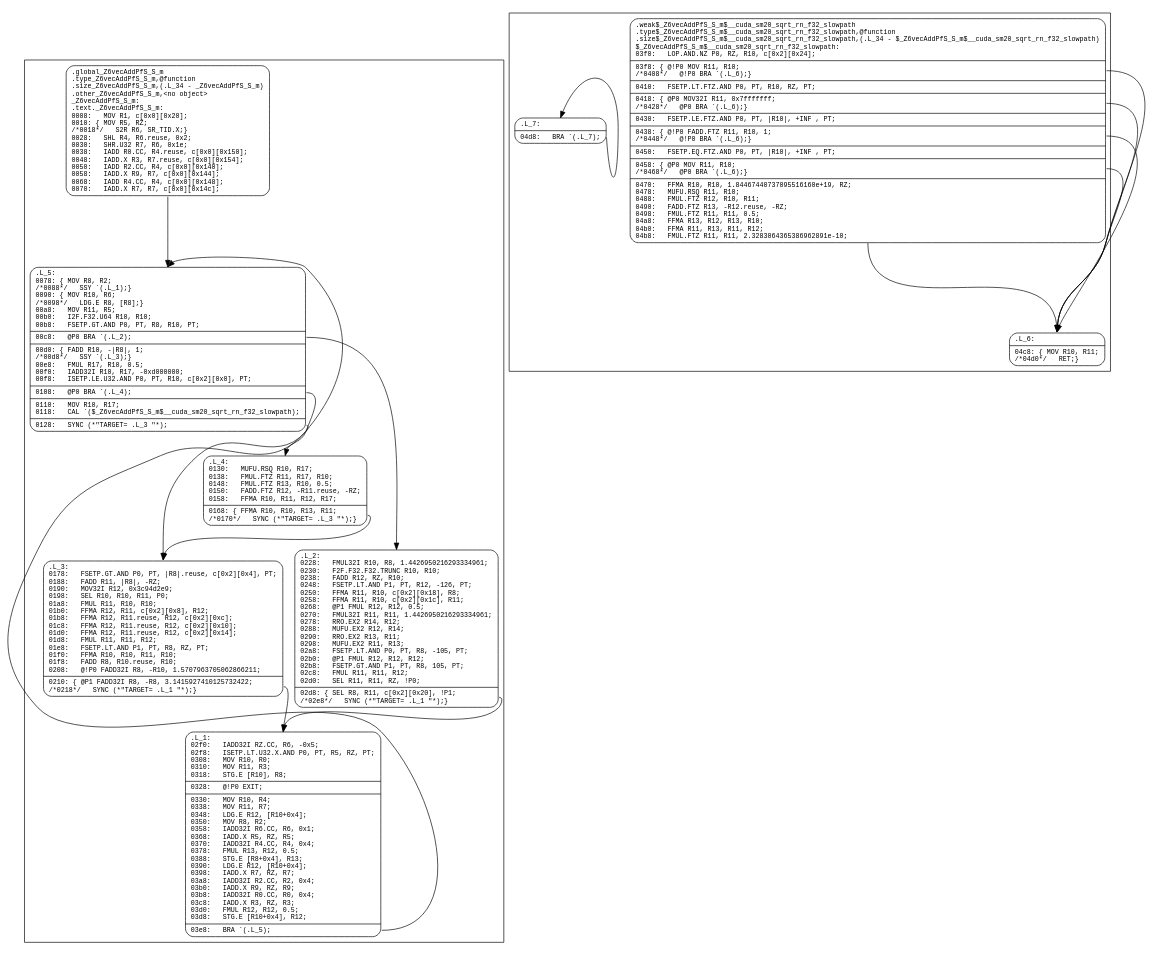
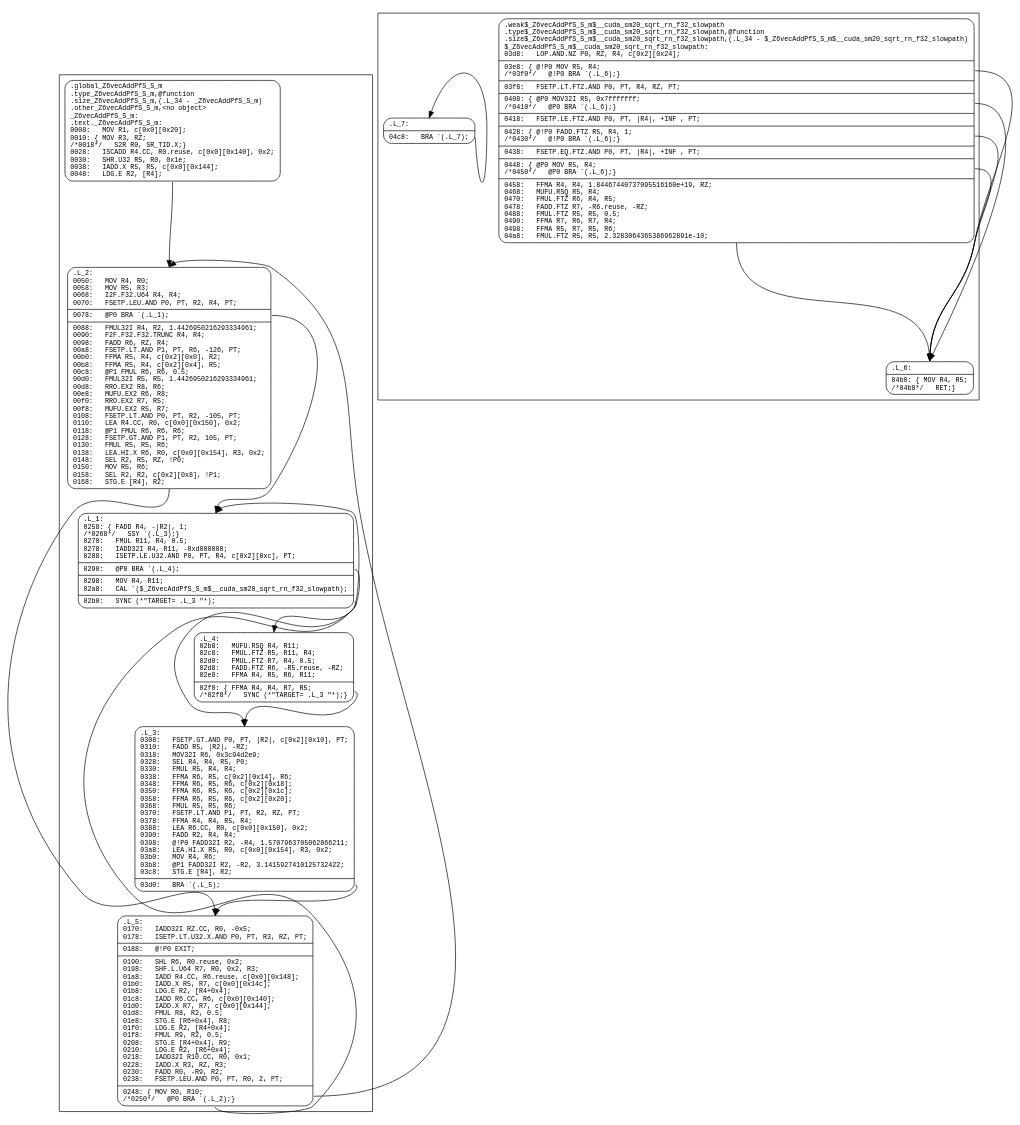
Before and after one commit to Jokeren/hpctoolkit-gpu-samples: the diagram in utils/read_graphviz/data/loop4.dot, drawn with Graphviz. The commit also changed 1 other file, not shown here.

```diff
--- a/utils/read_graphviz/data/loop4.dot
+++ b/utils/read_graphviz/data/loop4.dot
@@ -1,47 +1,48 @@
 digraph f {
 subgraph "cluster__Z6vecAddPfS_S_m" {
 node [fontname="Courier",fontsize=10,shape=Mrecord];
 "_Z6vecAddPfS_S_m"
-[label="{<entry>	.global		_Z6vecAddPfS_S_m\l	.type		_Z6vecAddPfS_S_m,@function\l	.size		_Z6vecAddPfS_S_m,(.L_34\ -\ _Z6vecAddPfS_S_m)\l	.other		_Z6vecAddPfS_S_m,\<no\ object\>\l_Z6vecAddPfS_S_m:\l.text._Z6vecAddPfS_S_m:\l0008:\ \ \ MOV\ R1,\ c\[0x0\]\[0x20\];\l0010:\ \{\ MOV\ R5,\ RZ;\l/*0018*/\ \ \ S2R\ R6,\ SR_TID.X;\}\l0028:\ \ \ SHL\ R4,\ R6.reuse,\ 0x2;\l0030:\ \ \ SHR.U32\ R7,\ R6,\ 0x1e;\l0038:\ \ \ IADD\ R0.CC,\ R4.reuse,\ c\[0x0\]\[0x150\];\l0048:\ \ \ IADD.X\ R3,\ R7.reuse,\ c\[0x0\]\[0x154\];\l0050:\ \ \ IADD\ R2.CC,\ R4,\ c\[0x0\]\[0x140\];\l0058:\ \ \ IADD.X\ R9,\ R7,\ c\[0x0\]\[0x144\];\l0068:\ \ \ IADD\ R4.CC,\ R4,\ c\[0x0\]\[0x148\];\l0070:\ \ \ IADD.X\ R7,\ R7,\ c\[0x0\]\[0x14c\];\l}"]
-"_Z6vecAddPfS_S_m":entry:s -> ".L_5":entry:n [style=solid];
+[label="{<entry>	.global		_Z6vecAddPfS_S_m\l	.type		_Z6vecAddPfS_S_m,@function\l	.size		_Z6vecAddPfS_S_m,(.L_34\ -\ _Z6vecAddPfS_S_m)\l	.other		_Z6vecAddPfS_S_m,\<no\ object\>\l_Z6vecAddPfS_S_m:\l.text._Z6vecAddPfS_S_m:\l0008:\ \ \ MOV\ R1,\ c\[0x0\]\[0x20\];\l0010:\ \{\ MOV\ R3,\ RZ;\l/*0018*/\ \ \ S2R\ R0,\ SR_TID.X;\}\l0028:\ \ \ ISCADD\ R4.CC,\ R0.reuse,\ c\[0x0\]\[0x140\],\ 0x2;\l0030:\ \ \ SHR.U32\ R5,\ R0,\ 0x1e;\l0038:\ \ \ IADD.X\ R5,\ R5,\ c\[0x0\]\[0x144\];\l0048:\ \ \ LDG.E\ R2,\ \[R4\];\l}"]
+"_Z6vecAddPfS_S_m":entry:s -> ".L_2":entry:n [style=solid];
+node [fontname="Courier",fontsize=10,shape=Mrecord];
+".L_2"
+[label="{<entry>.L_2:\l0050:\ \ \ MOV\ R4,\ R0;\l0058:\ \ \ MOV\ R5,\ R3;\l0068:\ \ \ I2F.F32.U64\ R4,\ R4;\l0070:\ \ \ FSETP.LEU.AND\ P0,\ PT,\ R2,\ R4,\ PT;\l|<exit0>0078:\ \ \ @P0\ BRA\ `(.L_1);\l|<exitpost0>0088:\ \ \ FMUL32I\ R4,\ R2,\ 1.4426950216293334961;\l0090:\ \ \ F2F.F32.F32.TRUNC\ R4,\ R4;\l0098:\ \ \ FADD\ R6,\ RZ,\ R4;\l00a8:\ \ \ FSETP.LT.AND\ P1,\ PT,\ R6,\ -126,\ PT;\l00b0:\ \ \ FFMA\ R5,\ R4,\ c\[0x2\]\[0x0\],\ R2;\l00b8:\ \ \ FFMA\ R5,\ R4,\ c\[0x2\]\[0x4\],\ R5;\l00c8:\ \ \ @P1\ FMUL\ R6,\ R6,\ 0.5;\l00d0:\ \ \ FMUL32I\ R5,\ R5,\ 1.4426950216293334961;\l00d8:\ \ \ RRO.EX2\ R8,\ R6;\l00e8:\ \ \ MUFU.EX2\ R6,\ R8;\l00f0:\ \ \ RRO.EX2\ R7,\ R5;\l00f8:\ \ \ MUFU.EX2\ R5,\ R7;\l0108:\ \ \ FSETP.LT.AND\ P0,\ PT,\ R2,\ -105,\ PT;\l0110:\ \ \ LEA\ R4.CC,\ R0,\ c\[0x0\]\[0x150\],\ 0x2;\l0118:\ \ \ @P1\ FMUL\ R6,\ R6,\ R6;\l0128:\ \ \ FSETP.GT.AND\ P1,\ PT,\ R2,\ 105,\ PT;\l0130:\ \ \ FMUL\ R5,\ R5,\ R6;\l0138:\ \ \ LEA.HI.X\ R6,\ R0,\ c\[0x0\]\[0x154\],\ R3,\ 0x2;\l0148:\ \ \ SEL\ R2,\ R5,\ RZ,\ !P0;\l0150:\ \ \ MOV\ R5,\ R6;\l0158:\ \ \ SEL\ R2,\ R2,\ c\[0x2\]\[0x8\],\ !P1;\l0168:\ \ \ STG.E\ \[R4\],\ R2;\l}"]
+".L_2":exit0:e -> ".L_1":entry:n [style=solid];
+".L_2":exitpost0:s -> ".L_5":entry:n [style=solid];
 node [fontname="Courier",fontsize=10,shape=Mrecord];
 ".L_5"
-[label="{<entry>.L_5:\l0078:\ \{\ MOV\ R8,\ R2;\l/*0088*/\ \ \ SSY\ `(.L_1);\}\l0090:\ \{\ MOV\ R10,\ R6;\l/*0098*/\ \ \ LDG.E\ R8,\ \[R8\];\}\l00a8:\ \ \ MOV\ R11,\ R5;\l00b0:\ \ \ I2F.F32.U64\ R10,\ R10;\l00b8:\ \ \ FSETP.GT.AND\ P0,\ PT,\ R8,\ R10,\ PT;\l|<exit0>00c8:\ \ \ @P0\ BRA\ `(.L_2);\l|<exitpost0>00d0:\ \{\ FADD\ R10,\ -\|R8\|,\ 1;\l/*00d8*/\ \ \ SSY\ `(.L_3);\}\l00e8:\ \ \ FMUL\ R17,\ R10,\ 0.5;\l00f0:\ \ \ IADD32I\ R10,\ R17,\ -0xd000000;\l00f8:\ \ \ ISETP.LE.U32.AND\ P0,\ PT,\ R10,\ c\[0x2\]\[0x0\],\ PT;\l|<exit1>0108:\ \ \ @P0\ BRA\ `(.L_4);\l|<exitpost1>0110:\ \ \ MOV\ R10,\ R17;\l0118:\ \ \ CAL\ `($_Z6vecAddPfS_S_m$__cuda_sm20_sqrt_rn_f32_slowpath);\l|<exit2>0128:\ \ \ SYNC\ (*\"TARGET=\ .L_3\ \"*);\l}"]
-".L_5":exit0:e -> ".L_2":entry:n [style=solid];
-".L_5":exit1:e -> ".L_4":entry:n [style=solid];
-".L_5":exit2:e -> ".L_3":entry:n [style=solid];
+[label="{<entry>.L_5:\l0170:\ \ \ IADD32I\ RZ.CC,\ R0,\ -0x5;\l0178:\ \ \ ISETP.LT.U32.X.AND\ P0,\ PT,\ R3,\ RZ,\ PT;\l|<exit0>0188:\ \ \ @!P0\ EXIT;\l|<exitpost0>0190:\ \ \ SHL\ R6,\ R0.reuse,\ 0x2;\l0198:\ \ \ SHF.L.U64\ R7,\ R0,\ 0x2,\ R3;\l01a8:\ \ \ IADD\ R4.CC,\ R6.reuse,\ c\[0x0\]\[0x148\];\l01b0:\ \ \ IADD.X\ R5,\ R7,\ c\[0x0\]\[0x14c\];\l01b8:\ \ \ LDG.E\ R2,\ \[R4+0x4\];\l01c8:\ \ \ IADD\ R6.CC,\ R6,\ c\[0x0\]\[0x140\];\l01d0:\ \ \ IADD.X\ R7,\ R7,\ c\[0x0\]\[0x144\];\l01d8:\ \ \ FMUL\ R8,\ R2,\ 0.5;\l01e8:\ \ \ STG.E\ \[R6+0x4\],\ R8;\l01f0:\ \ \ LDG.E\ R2,\ \[R4+0x4\];\l01f8:\ \ \ FMUL\ R9,\ R2,\ 0.5;\l0208:\ \ \ STG.E\ \[R4+0x4\],\ R9;\l0210:\ \ \ LDG.E\ R2,\ \[R6+0x4\];\l0218:\ \ \ IADD32I\ R10.CC,\ R0,\ 0x1;\l0228:\ \ \ IADD.X\ R3,\ RZ,\ R3;\l0230:\ \ \ FADD\ R0,\ -R9,\ R2;\l0238:\ \ \ FSETP.LEU.AND\ P0,\ PT,\ R0,\ 2,\ PT;\l|<exit1>0248:\ \{\ MOV\ R0,\ R10;\l/*0250*/\ \ \ @P0\ BRA\ `(.L_2);\}\l}"]
+".L_5":exit1:e -> ".L_2":entry:n [style=solid];
+".L_5":exit1:s -> ".L_1":entry:n [style=solid];
+node [fontname="Courier",fontsize=10,shape=Mrecord];
+".L_1"
+[label="{<entry>.L_1:\l0258:\ \{\ FADD\ R4,\ -\|R2\|,\ 1;\l/*0268*/\ \ \ SSY\ `(.L_3);\}\l0270:\ \ \ FMUL\ R11,\ R4,\ 0.5;\l0278:\ \ \ IADD32I\ R4,\ R11,\ -0xd000000;\l0288:\ \ \ ISETP.LE.U32.AND\ P0,\ PT,\ R4,\ c\[0x2\]\[0xc\],\ PT;\l|<exit0>0290:\ \ \ @P0\ BRA\ `(.L_4);\l|<exitpost0>0298:\ \ \ MOV\ R4,\ R11;\l02a8:\ \ \ CAL\ `($_Z6vecAddPfS_S_m$__cuda_sm20_sqrt_rn_f32_slowpath);\l|<exit1>02b0:\ \ \ SYNC\ (*\"TARGET=\ .L_3\ \"*);\l}"]
+".L_1":exit0:e -> ".L_4":entry:n [style=solid];
+".L_1":exit1:e -> ".L_3":entry:n [style=solid];
 node [fontname="Courier",fontsize=10,shape=Mrecord];
 ".L_4"
-[label="{<entry>.L_4:\l0130:\ \ \ MUFU.RSQ\ R10,\ R17;\l0138:\ \ \ FMUL.FTZ\ R11,\ R17,\ R10;\l0148:\ \ \ FMUL.FTZ\ R13,\ R10,\ 0.5;\l0150:\ \ \ FADD.FTZ\ R12,\ -R11.reuse,\ -RZ;\l0158:\ \ \ FFMA\ R10,\ R11,\ R12,\ R17;\l|<exit0>0168:\ \{\ FFMA\ R10,\ R10,\ R13,\ R11;\l/*0170*/\ \ \ SYNC\ (*\"TARGET=\ .L_3\ \"*);\}\l}"]
+[label="{<entry>.L_4:\l02b8:\ \ \ MUFU.RSQ\ R4,\ R11;\l02c8:\ \ \ FMUL.FTZ\ R5,\ R11,\ R4;\l02d0:\ \ \ FMUL.FTZ\ R7,\ R4,\ 0.5;\l02d8:\ \ \ FADD.FTZ\ R6,\ -R5.reuse,\ -RZ;\l02e8:\ \ \ FFMA\ R4,\ R5,\ R6,\ R11;\l|<exit0>02f0:\ \{\ FFMA\ R4,\ R4,\ R7,\ R5;\l/*02f8*/\ \ \ SYNC\ (*\"TARGET=\ .L_3\ \"*);\}\l}"]
 ".L_4":exit0:e -> ".L_3":entry:n [style=solid];
 node [fontname="Courier",fontsize=10,shape=Mrecord];
 ".L_3"
-[label="{<entry>.L_3:\l0178:\ \ \ FSETP.GT.AND\ P0,\ PT,\ \|R8\|.reuse,\ c\[0x2\]\[0x4\],\ PT;\l0188:\ \ \ FADD\ R11,\ \|R8\|,\ -RZ;\l0190:\ \ \ MOV32I\ R12,\ 0x3c94d2e9;\l0198:\ \ \ SEL\ R10,\ R10,\ R11,\ P0;\l01a8:\ \ \ FMUL\ R11,\ R10,\ R10;\l01b0:\ \ \ FFMA\ R12,\ R11,\ c\[0x2\]\[0x8\],\ R12;\l01b8:\ \ \ FFMA\ R12,\ R11.reuse,\ R12,\ c\[0x2\]\[0xc\];\l01c8:\ \ \ FFMA\ R12,\ R11.reuse,\ R12,\ c\[0x2\]\[0x10\];\l01d0:\ \ \ FFMA\ R12,\ R11.reuse,\ R12,\ c\[0x2\]\[0x14\];\l01d8:\ \ \ FMUL\ R11,\ R11,\ R12;\l01e8:\ \ \ FSETP.LT.AND\ P1,\ PT,\ R8,\ RZ,\ PT;\l01f0:\ \ \ FFMA\ R10,\ R10,\ R11,\ R10;\l01f8:\ \ \ FADD\ R8,\ R10.reuse,\ R10;\l0208:\ \ \ @!P0\ FADD32I\ R8,\ -R10,\ 1.5707963705062866211;\l|<exit0>0210:\ \{\ @P1\ FADD32I\ R8,\ -R8,\ 3.1415927410125732422;\l/*0218*/\ \ \ SYNC\ (*\"TARGET=\ .L_1\ \"*);\}\l}"]
-".L_3":exit0:e -> ".L_1":entry:n [style=solid];
-node [fontname="Courier",fontsize=10,shape=Mrecord];
-".L_2"
-[label="{<entry>.L_2:\l0228:\ \ \ FMUL32I\ R10,\ R8,\ 1.4426950216293334961;\l0230:\ \ \ F2F.F32.F32.TRUNC\ R10,\ R10;\l0238:\ \ \ FADD\ R12,\ RZ,\ R10;\l0248:\ \ \ FSETP.LT.AND\ P1,\ PT,\ R12,\ -126,\ PT;\l0250:\ \ \ FFMA\ R11,\ R10,\ c\[0x2\]\[0x18\],\ R8;\l0258:\ \ \ FFMA\ R11,\ R10,\ c\[0x2\]\[0x1c\],\ R11;\l0268:\ \ \ @P1\ FMUL\ R12,\ R12,\ 0.5;\l0270:\ \ \ FMUL32I\ R11,\ R11,\ 1.4426950216293334961;\l0278:\ \ \ RRO.EX2\ R14,\ R12;\l0288:\ \ \ MUFU.EX2\ R12,\ R14;\l0290:\ \ \ RRO.EX2\ R13,\ R11;\l0298:\ \ \ MUFU.EX2\ R11,\ R13;\l02a8:\ \ \ FSETP.LT.AND\ P0,\ PT,\ R8,\ -105,\ PT;\l02b0:\ \ \ @P1\ FMUL\ R12,\ R12,\ R12;\l02b8:\ \ \ FSETP.GT.AND\ P1,\ PT,\ R8,\ 105,\ PT;\l02c8:\ \ \ FMUL\ R11,\ R11,\ R12;\l02d0:\ \ \ SEL\ R11,\ R11,\ RZ,\ !P0;\l|<exit0>02d8:\ \{\ SEL\ R8,\ R11,\ c\[0x2\]\[0x20\],\ !P1;\l/*02e8*/\ \ \ SYNC\ (*\"TARGET=\ .L_1\ \"*);\}\l}"]
-".L_2":exit0:e -> ".L_1":entry:n [style=solid];
-node [fontname="Courier",fontsize=10,shape=Mrecord];
-".L_1"
-[label="{<entry>.L_1:\l02f0:\ \ \ IADD32I\ RZ.CC,\ R6,\ -0x5;\l02f8:\ \ \ ISETP.LT.U32.X.AND\ P0,\ PT,\ R5,\ RZ,\ PT;\l0308:\ \ \ MOV\ R10,\ R0;\l0310:\ \ \ MOV\ R11,\ R3;\l0318:\ \ \ STG.E\ \[R10\],\ R8;\l|<exit0>0328:\ \ \ @!P0\ EXIT;\l|<exitpost0>0330:\ \ \ MOV\ R10,\ R4;\l0338:\ \ \ MOV\ R11,\ R7;\l0348:\ \ \ LDG.E\ R12,\ \[R10+0x4\];\l0350:\ \ \ MOV\ R8,\ R2;\l0358:\ \ \ IADD32I\ R6.CC,\ R6,\ 0x1;\l0368:\ \ \ IADD.X\ R5,\ RZ,\ R5;\l0370:\ \ \ IADD32I\ R4.CC,\ R4,\ 0x4;\l0378:\ \ \ FMUL\ R13,\ R12,\ 0.5;\l0388:\ \ \ STG.E\ \[R8+0x4\],\ R13;\l0390:\ \ \ LDG.E\ R12,\ \[R10+0x4\];\l0398:\ \ \ IADD.X\ R7,\ RZ,\ R7;\l03a8:\ \ \ IADD32I\ R2.CC,\ R2,\ 0x4;\l03b0:\ \ \ IADD.X\ R9,\ RZ,\ R9;\l03b8:\ \ \ IADD32I\ R0.CC,\ R0,\ 0x4;\l03c8:\ \ \ IADD.X\ R3,\ RZ,\ R3;\l03d0:\ \ \ FMUL\ R12,\ R12,\ 0.5;\l03d8:\ \ \ STG.E\ \[R10+0x4\],\ R12;\l|<exit1>03e8:\ \ \ BRA\ `(.L_5);\l}"]
-".L_1":exit1:e -> ".L_5":entry:n [style=solid];
+[label="{<entry>.L_3:\l0308:\ \ \ FSETP.GT.AND\ P0,\ PT,\ \|R2\|,\ c\[0x2\]\[0x10\],\ PT;\l0310:\ \ \ FADD\ R5,\ \|R2\|,\ -RZ;\l0318:\ \ \ MOV32I\ R6,\ 0x3c94d2e9;\l0328:\ \ \ SEL\ R4,\ R4,\ R5,\ P0;\l0330:\ \ \ FMUL\ R5,\ R4,\ R4;\l0338:\ \ \ FFMA\ R6,\ R5,\ c\[0x2\]\[0x14\],\ R6;\l0348:\ \ \ FFMA\ R6,\ R5,\ R6,\ c\[0x2\]\[0x18\];\l0350:\ \ \ FFMA\ R6,\ R5,\ R6,\ c\[0x2\]\[0x1c\];\l0358:\ \ \ FFMA\ R6,\ R5,\ R6,\ c\[0x2\]\[0x20\];\l0368:\ \ \ FMUL\ R5,\ R5,\ R6;\l0370:\ \ \ FSETP.LT.AND\ P1,\ PT,\ R2,\ RZ,\ PT;\l0378:\ \ \ FFMA\ R4,\ R4,\ R5,\ R4;\l0388:\ \ \ LEA\ R6.CC,\ R0,\ c\[0x0\]\[0x150\],\ 0x2;\l0390:\ \ \ FADD\ R2,\ R4,\ R4;\l0398:\ \ \ @!P0\ FADD32I\ R2,\ -R4,\ 1.5707963705062866211;\l03a8:\ \ \ LEA.HI.X\ R5,\ R0,\ c\[0x0\]\[0x154\],\ R3,\ 0x2;\l03b0:\ \ \ MOV\ R4,\ R6;\l03b8:\ \ \ @P1\ FADD32I\ R2,\ -R2,\ 3.1415927410125732422;\l03c8:\ \ \ STG.E\ \[R4\],\ R2;\l|<exit0>03d0:\ \ \ BRA\ `(.L_5);\l}"]
+".L_3":exit0:e -> ".L_5":entry:n [style=solid];
 }
 subgraph "cluster_$_Z6vecAddPfS_S_m$__cuda_sm20_sqrt_rn_f32_slowpath" {
 node [fontname="Courier",fontsize=10,shape=Mrecord];
 "$_Z6vecAddPfS_S_m$__cuda_sm20_sqrt_rn_f32_slowpath"
-[label="{<entry>	.weak		$_Z6vecAddPfS_S_m$__cuda_sm20_sqrt_rn_f32_slowpath\l	.type		$_Z6vecAddPfS_S_m$__cuda_sm20_sqrt_rn_f32_slowpath,@function\l	.size		$_Z6vecAddPfS_S_m$__cuda_sm20_sqrt_rn_f32_slowpath,(.L_34\ -\ $_Z6vecAddPfS_S_m$__cuda_sm20_sqrt_rn_f32_slowpath)\l$_Z6vecAddPfS_S_m$__cuda_sm20_sqrt_rn_f32_slowpath:\l03f0:\ \ \ LOP.AND.NZ\ P0,\ RZ,\ R10,\ c\[0x2\]\[0x24\];\l|<exit0>03f8:\ \{\ @!P0\ MOV\ R11,\ R10;\l/*0408*/\ \ \ @!P0\ BRA\ `(.L_6);\}\l|<exitpost0>0410:\ \ \ FSETP.LT.FTZ.AND\ P0,\ PT,\ R10,\ RZ,\ PT;\l|<exit1>0418:\ \{\ @P0\ MOV32I\ R11,\ 0x7fffffff;\l/*0428*/\ \ \ @P0\ BRA\ `(.L_6);\}\l|<exitpost1>0430:\ \ \ FSETP.LE.FTZ.AND\ P0,\ PT,\ \|R10\|,\ +INF\ ,\ PT;\l|<exit2>0438:\ \{\ @!P0\ FADD.FTZ\ R11,\ R10,\ 1;\l/*0448*/\ \ \ @!P0\ BRA\ `(.L_6);\}\l|<exitpost2>0450:\ \ \ FSETP.EQ.FTZ.AND\ P0,\ PT,\ \|R10\|,\ +INF\ ,\ PT;\l|<exit3>0458:\ \{\ @P0\ MOV\ R11,\ R10;\l/*0468*/\ \ \ @P0\ BRA\ `(.L_6);\}\l|<exitpost3>0470:\ \ \ FFMA\ R10,\ R10,\ 1.84467440737095516160e+19,\ RZ;\l0478:\ \ \ MUFU.RSQ\ R11,\ R10;\l0488:\ \ \ FMUL.FTZ\ R12,\ R10,\ R11;\l0490:\ \ \ FADD.FTZ\ R13,\ -R12.reuse,\ -RZ;\l0498:\ \ \ FMUL.FTZ\ R11,\ R11,\ 0.5;\l04a8:\ \ \ FFMA\ R13,\ R12,\ R13,\ R10;\l04b0:\ \ \ FFMA\ R11,\ R13,\ R11,\ R12;\l04b8:\ \ \ FMUL.FTZ\ R11,\ R11,\ 2.3283064365386962891e-10;\l}"]
+[label="{<entry>	.weak		$_Z6vecAddPfS_S_m$__cuda_sm20_sqrt_rn_f32_slowpath\l	.type		$_Z6vecAddPfS_S_m$__cuda_sm20_sqrt_rn_f32_slowpath,@function\l	.size		$_Z6vecAddPfS_S_m$__cuda_sm20_sqrt_rn_f32_slowpath,(.L_34\ -\ $_Z6vecAddPfS_S_m$__cuda_sm20_sqrt_rn_f32_slowpath)\l$_Z6vecAddPfS_S_m$__cuda_sm20_sqrt_rn_f32_slowpath:\l03d8:\ \ \ LOP.AND.NZ\ P0,\ RZ,\ R4,\ c\[0x2\]\[0x24\];\l|<exit0>03e8:\ \{\ @!P0\ MOV\ R5,\ R4;\l/*03f0*/\ \ \ @!P0\ BRA\ `(.L_6);\}\l|<exitpost0>03f8:\ \ \ FSETP.LT.FTZ.AND\ P0,\ PT,\ R4,\ RZ,\ PT;\l|<exit1>0408:\ \{\ @P0\ MOV32I\ R5,\ 0x7fffffff;\l/*0410*/\ \ \ @P0\ BRA\ `(.L_6);\}\l|<exitpost1>0418:\ \ \ FSETP.LE.FTZ.AND\ P0,\ PT,\ \|R4\|,\ +INF\ ,\ PT;\l|<exit2>0428:\ \{\ @!P0\ FADD.FTZ\ R5,\ R4,\ 1;\l/*0430*/\ \ \ @!P0\ BRA\ `(.L_6);\}\l|<exitpost2>0438:\ \ \ FSETP.EQ.FTZ.AND\ P0,\ PT,\ \|R4\|,\ +INF\ ,\ PT;\l|<exit3>0448:\ \{\ @P0\ MOV\ R5,\ R4;\l/*0450*/\ \ \ @P0\ BRA\ `(.L_6);\}\l|<exitpost3>0458:\ \ \ FFMA\ R4,\ R4,\ 1.84467440737095516160e+19,\ RZ;\l0468:\ \ \ MUFU.RSQ\ R5,\ R4;\l0470:\ \ \ FMUL.FTZ\ R6,\ R4,\ R5;\l0478:\ \ \ FADD.FTZ\ R7,\ -R6.reuse,\ -RZ;\l0488:\ \ \ FMUL.FTZ\ R5,\ R5,\ 0.5;\l0490:\ \ \ FFMA\ R7,\ R6,\ R7,\ R4;\l0498:\ \ \ FFMA\ R5,\ R7,\ R5,\ R6;\l04a8:\ \ \ FMUL.FTZ\ R5,\ R5,\ 2.3283064365386962891e-10;\l}"]
 "$_Z6vecAddPfS_S_m$__cuda_sm20_sqrt_rn_f32_slowpath":exit0:e -> ".L_6":entry:n [style=solid];
 "$_Z6vecAddPfS_S_m$__cuda_sm20_sqrt_rn_f32_slowpath":exit1:e -> ".L_6":entry:n [style=solid];
 "$_Z6vecAddPfS_S_m$__cuda_sm20_sqrt_rn_f32_slowpath":exit2:e -> ".L_6":entry:n [style=solid];
 "$_Z6vecAddPfS_S_m$__cuda_sm20_sqrt_rn_f32_slowpath":exit3:e -> ".L_6":entry:n [style=solid];
 "$_Z6vecAddPfS_S_m$__cuda_sm20_sqrt_rn_f32_slowpath":exitpost3:s -> ".L_6":entry:n [style=solid];
 node [fontname="Courier",fontsize=10,shape=Mrecord];
 ".L_6"
-[label="{<entry>.L_6:\l|<exit0>04c8:\ \{\ MOV\ R10,\ R11;\l/*04d0*/\ \ \ RET;\}\l}"]
+[label="{<entry>.L_6:\l|<exit0>04b0:\ \{\ MOV\ R4,\ R5;\l/*04b8*/\ \ \ RET;\}\l}"]
 node [fontname="Courier",fontsize=10,shape=Mrecord];
 ".L_7"
-[label="{<entry>.L_7:\l|<exit0>04d8:\ \ \ BRA\ `(.L_7);\l}"]
+[label="{<entry>.L_7:\l|<exit0>04c8:\ \ \ BRA\ `(.L_7);\l}"]
 ".L_7":exit0:e -> ".L_7":entry:n [style=solid];
 }
 }
```
